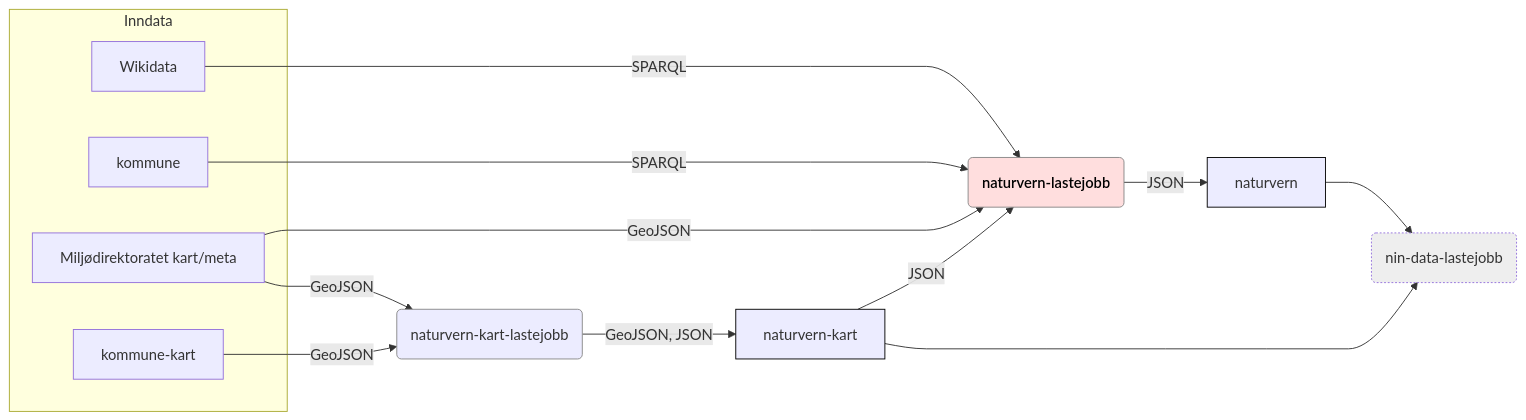
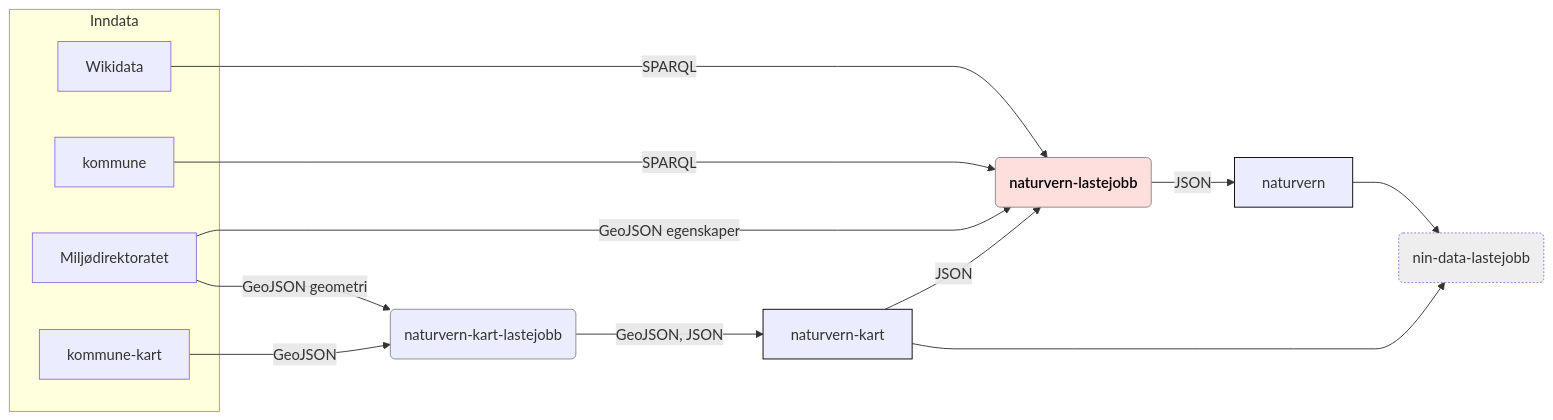
Before and after one commit to Artsdatabanken/naturvern-lastejobb: the diagram in doc/flytdiagram.md, drawn with Mermaid. The commit also changed 1 other file, not shown here.

Commit message:
Beskriv hva slags data som flyter

````diff
--- a/doc/flytdiagram.md
+++ b/doc/flytdiagram.md
@@ -1,45 +1,45 @@
 ```mermaid
 
 graph LR;
   linkStyle default interpolate monotoneX
     subgraph Inndata
       kommune[kommune]
       kommune-kart[kommune-kart]
       wikidata[Wikidata]
-      mdir[Miljødirektoratet kart/meta]
+      mdir[Miljødirektoratet]
     end
       naturvern-kart-lastejobb(naturvern-kart-lastejobb)
       naturvern-lastejobb(naturvern-lastejobb)
     naturvern-kart[naturvern-kart]
     naturvern[naturvern]
     wikidata-->|SPARQL|naturvern-lastejobb;
     kommune-->|SPARQL|naturvern-lastejobb;
-    mdir-->|GeoJSON|naturvern-lastejobb;
-    mdir-->|GeoJSON|naturvern-kart-lastejobb;
+    mdir-->|GeoJSON egenskaper|naturvern-lastejobb;
+    mdir-->|GeoJSON geometri|naturvern-kart-lastejobb;
     naturvern-kart-lastejobb-->|GeoJSON, JSON|naturvern-kart;
     naturvern-kart-->|JSON|naturvern-lastejobb;
     naturvern-lastejobb-->|JSON|naturvern;
     kommune-kart-->|GeoJSON|naturvern-kart-lastejobb(naturvern-kart-lastejobb);
     naturvern-->nin-data-lastejobb(nin-data-lastejobb);
     naturvern-kart-->nin-data-lastejobb(nin-data-lastejobb);
     click naturvern-lastejobb "https://github.com/Artsdatabanken/naturvern-lastejobb" "_"
     click naturvern "https://github.com/Artsdatabanken/naturvern" "_"
     click naturvern-kart "https://github.com/Artsdatabanken/naturvern-kart" "_"
     click naturvern-kart-lastejobb "https://github.com/Artsdatabanken/naturvern-kart-lastejobb" "_"
     click kommune-kart "https://github.com/Artsdatabanken/kommune-kart" "_"
     click wikidata "https://www.wikidata.org/wiki/Q15284" "_"
     click mdir "https://www.mdir.no" "_"
 
 class naturvern-lastejobb focus
 class kommune,wikidata,mdir data
 class naturvern,naturvern-kart, utdata
 class xnaturvern-lastejobb,naturvern-kart-lastejobb lastejobb
 class nin-data-lastejobb next
 classDef focusx stroke:#888,stroke-width:3px,font-weight:600;
 classDef focus color:#000,fill:#ffdede,stroke:#888,stroke-widthx:3px,font-weight:600;
 classDef data fillx:#ffd;
 classDef lastejobb fillx:#fff,stroke:#888;
 classDef utdata fillx:#ffa,stroke:#000;
 classDef next fill:#eee,stroke-dasharray: 2, 2;
 
 ```
````
